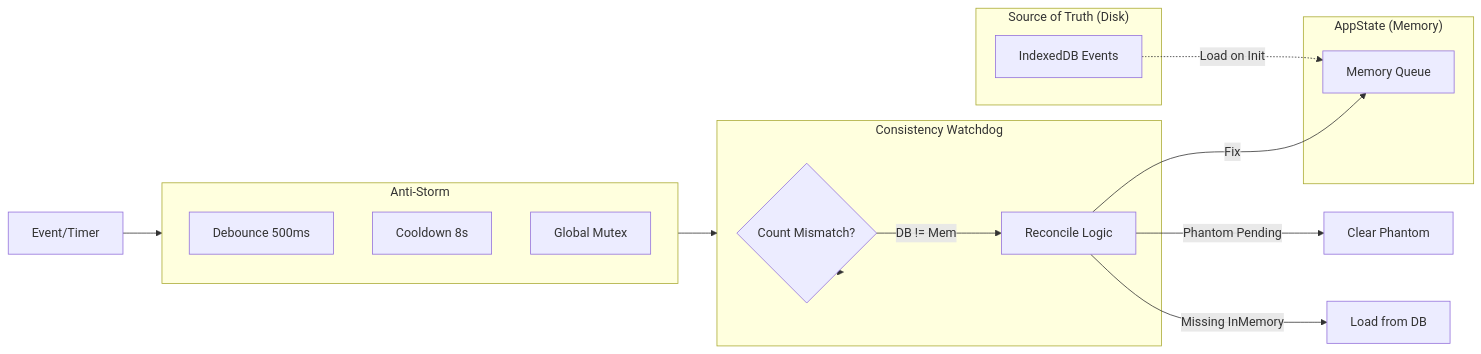
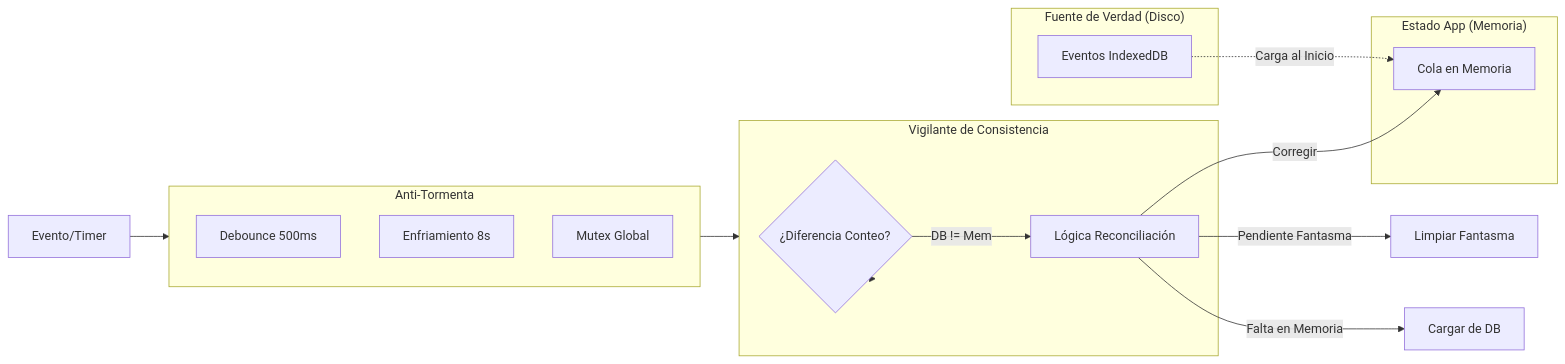
Diagram 11 of 13 in README.md (yoeldevsoft25/LA-CAJA), drawn with Mermaid before and after one commit. The commit also changed other lines of this file, not shown here.

Commit message:
docs: add comprehensive spanish diagrams for federation and backend processing

````diff
--- a/README.md
+++ b/README.md
@@ -518,33 +518,33 @@
 ```mermaid
 flowchart LR
-    subgraph Truth["Source of Truth (Disk)"]
-        DB_Events[IndexedDB Events]
+    subgraph Truth["Fuente de Verdad (Disco)"]
+        DB_Events[Eventos IndexedDB]
     end
 
-    subgraph State["AppState (Memory)"]
-        Mem_Queue[Memory Queue]
+    subgraph State["Estado App (Memoria)"]
+        Mem_Queue[Cola en Memoria]
     end
 
-    subgraph Watchdog["Consistency Watchdog"]
-        Check{Count Mismatch?}
-        Reconcile[Reconcile Logic]
+    subgraph Watchdog["Vigilante de Consistencia"]
+        Check{¿Diferencia Conteo?}
+        Reconcile[Lógica Reconciliación]
     end
 
-    subgraph AntiStorm["Anti-Storm"]
+    subgraph AntiStorm["Anti-Tormenta"]
         Debounce[Debounce 500ms]
-        Cooldown[Cooldown 8s]
-        Mutex[Global Mutex]
+        Cooldown[Enfriamiento 8s]
+        Mutex[Mutex Global]
     end
 
-    DB_Events -.->|Load on Init| Mem_Queue
+    DB_Events -.->|Carga al Inicio| Mem_Queue
     
-    Trigger[Event/Timer] --> AntiStorm
+    Trigger[Evento/Timer] --> AntiStorm
     AntiStorm --> Watchdog
 
     Watchdog --> Check
     Check -->|DB != Mem| Reconcile
-    Reconcile -->|Fix| Mem_Queue
+    Reconcile -->|Corregir| Mem_Queue
     
-    Reconcile -->|Phantom Pending| Clear[Clear Phantom]
-    Reconcile -->|Missing InMemory| Load[Load from DB]
+    Reconcile -->|Pendiente Fantasma| Clear[Limpiar Fantasma]
+    Reconcile -->|Falta en Memoria| Load[Cargar de DB]
 ```
````
